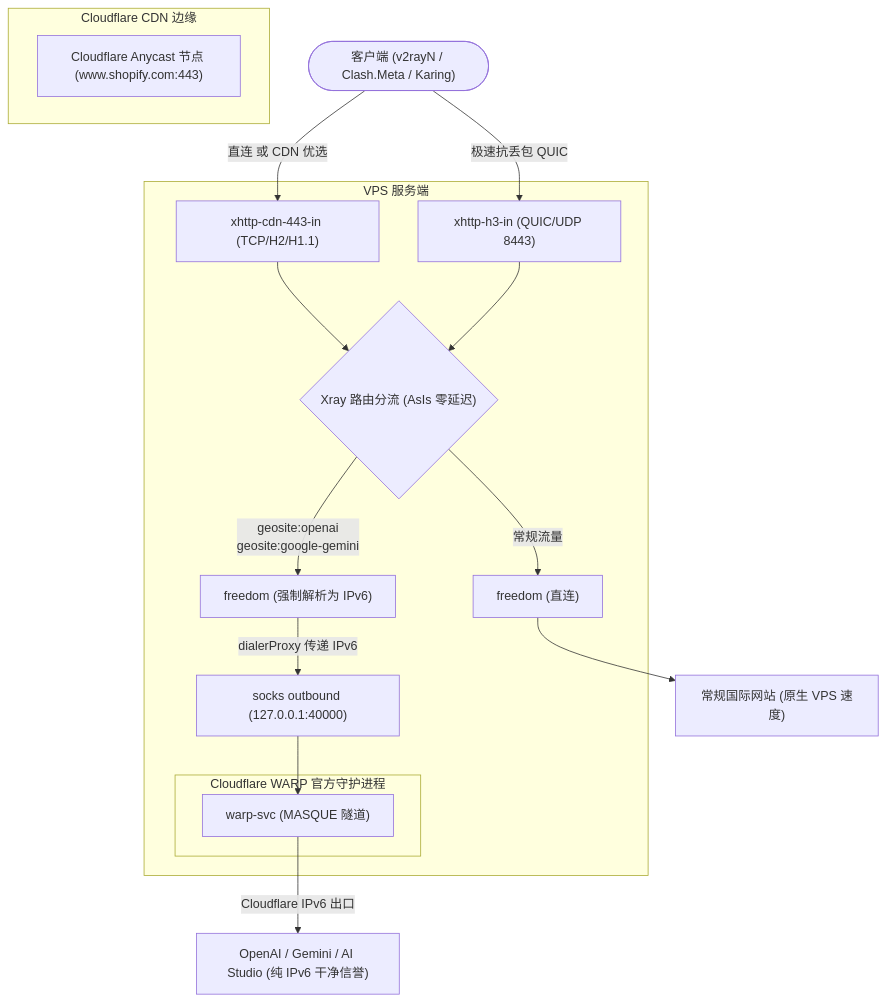
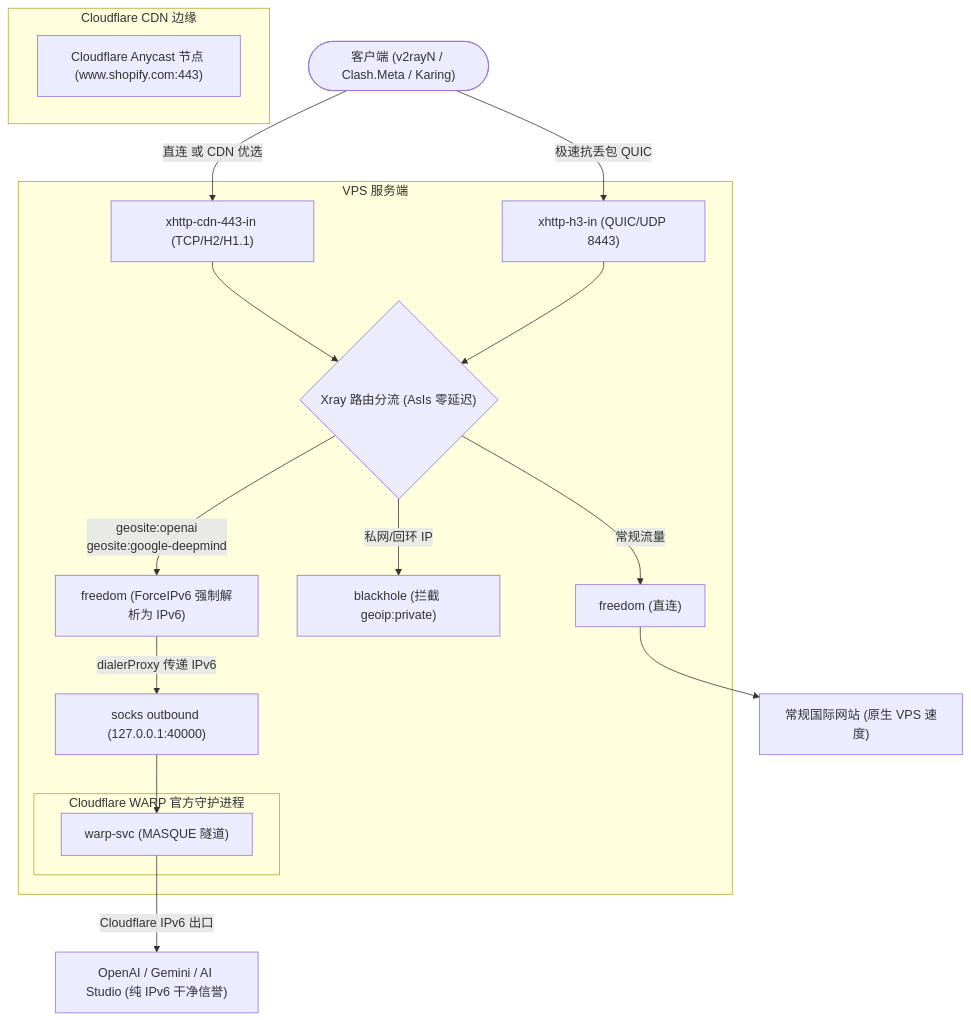
One commit to weiweibunan/xray-xhttp-warp changed the first of 2 diagrams in README.md. Above: the diagram before and after it, drawn with Mermaid. The commit also changed other lines of this file and 12 other files, not shown here.

````diff
--- a/README.md
+++ b/README.md
@@ -12,39 +12,41 @@
 ```mermaid
 flowchart TD
     Client(["客户端 (v2rayN / Clash.Meta / Karing)"])
     
     subgraph Cloudflare CDN 边缘
         CFEdge["Cloudflare Anycast 节点 (www.shopify.com:443)"]
     end
 
     subgraph VPS 服务端
         In443["xhttp-cdn-443-in (TCP/H2/H1.1)"]
         In8443["xhttp-h3-in (QUIC/UDP 8443)"]
         
         Router{"Xray 路由分流 (AsIs 零延迟)"}
         
         OutDirect["freedom (直连)"]
-        OutWarpIPv6["freedom (强制解析为 IPv6)"]
+        OutBlock["blackhole (拦截 geoip:private)"]
+        OutWarpIPv6["freedom (ForceIPv6 强制解析为 IPv6)"]
         SocksOut["socks outbound (127.0.0.1:40000)"]
         
         subgraph Cloudflare WARP 官方守护进程
             WarpSvc["warp-svc (MASQUE 隧道)"]
         end
     end
 
     TargetDirect["常规国际网站 (原生 VPS 速度)"]
     TargetAI["OpenAI / Gemini / AI Studio (纯 IPv6 干净信誉)"]
 
     Client -->|直连 或 CDN 优选| In443
     Client -->|极速抗丢包 QUIC| In8443
 
     In443 --> Router
     In8443 --> Router
 
+    Router -->|私网/回环 IP| OutBlock
     Router -->|常规流量| OutDirect --> TargetDirect
-    Router -->|geosite:openai\ngeosite:google-gemini| OutWarpIPv6
+    Router -->|geosite:openai\ngeosite:google-deepmind| OutWarpIPv6
     
     OutWarpIPv6 -->|dialerProxy 传递 IPv6| SocksOut
     SocksOut --> WarpSvc
     WarpSvc -->|Cloudflare IPv6 出口| TargetAI
 ```
````
